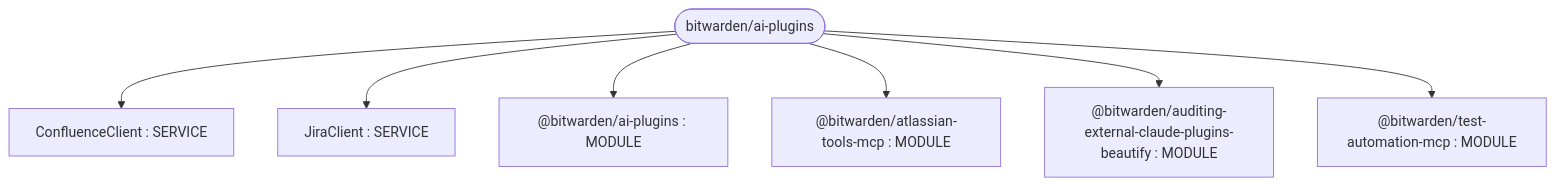
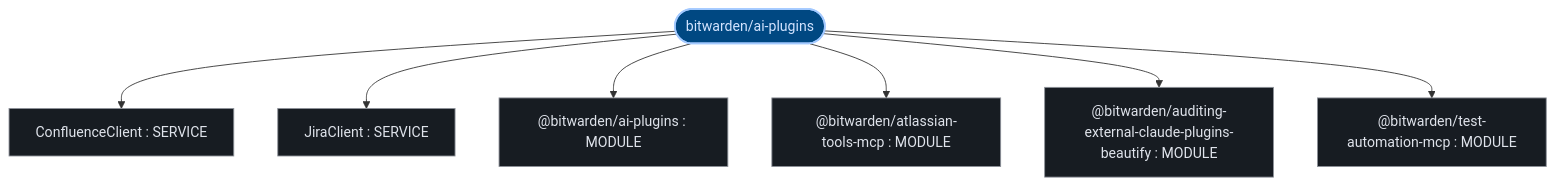
One commit to kumarshaz/atruss-code-atlas changed the first of 3 diagrams in exports/latest/reports/bitwarden-ai-plugins-report.md. Above: the diagram before and after it, drawn with Mermaid. The commit also changed other lines of this file and 331 other files, not shown here.

Commit message:
docs,ui,fix: update SDLC docs, reorder CI/CD DAG first, stylize Mermaid, and fix Arc42 pipeline topology

````diff
--- a/exports/latest/reports/bitwarden-ai-plugins-report.md
+++ b/exports/latest/reports/bitwarden-ai-plugins-report.md
@@ -42,16 +42,23 @@
 ```mermaid
 graph TD;
-    _bitwarden_ai_plugins["@bitwarden/ai-plugins : MODULE"]
-    _bitwarden_atlassian_tools_mcp["@bitwarden/atlassian-tools-mcp : MODULE"]
-    _bitwarden_auditing_external_claude_plugins_beautify["@bitwarden/auditing-external-claude-plugins-beautify : MODULE"]
-    _bitwarden_test_automation_mcp["@bitwarden/test-automation-mcp : MODULE"]
-    ConfluenceClient["ConfluenceClient : SERVICE"]
-    JiraClient["JiraClient : SERVICE"]
-    repo_root(["bitwarden/ai-plugins"])
+  classDef atlasRoot fill:#004882,stroke:#a3c9ff,stroke-width:2px,color:#d3e4ff
+  classDef atlasCategory fill:#212428,stroke:#E87A48,stroke-width:1.5px,color:#dfe3eb
+  classDef atlasWorkflow fill:#1b2026,stroke:#a3c9ff,stroke-width:1.5px,color:#dfe3eb
+  classDef atlasJob fill:#171c22,stroke:#8d9199,stroke-width:1px,color:#dfe3eb
+  classDef atlasTarget fill:#005227,stroke:#8bd99b,stroke-width:1.5px,color:#a7f6b6
+  classDef atlasAlert fill:#93000a,stroke:#ffb4ab,stroke-width:1.5px,color:#ffdad6
+  classDef atlasMore fill:#252a31,stroke:#8d9199,stroke-dasharray:4 4,color:#c3c6cf
+    _bitwarden_ai_plugins["@bitwarden/ai-plugins : MODULE"]:::atlasJob
+    _bitwarden_atlassian_tools_mcp["@bitwarden/atlassian-tools-mcp : MODULE"]:::atlasJob
+    _bitwarden_auditing_external_claude_plugins_beautify["@bitwarden/auditing-external-claude-plugins-beautify : MODULE"]:::atlasJob
+    _bitwarden_test_automation_mcp["@bitwarden/test-automation-mcp : MODULE"]:::atlasJob
+    ConfluenceClient["ConfluenceClient : SERVICE"]:::atlasJob
+    JiraClient["JiraClient : SERVICE"]:::atlasJob
+    repo_root(["bitwarden/ai-plugins"]):::atlasRoot
     repo_root --> ConfluenceClient
     repo_root --> JiraClient
     repo_root --> _bitwarden_ai_plugins
     repo_root --> _bitwarden_atlassian_tools_mcp
     repo_root --> _bitwarden_auditing_external_claude_plugins_beautify
     repo_root --> _bitwarden_test_automation_mcp
 ```
````
